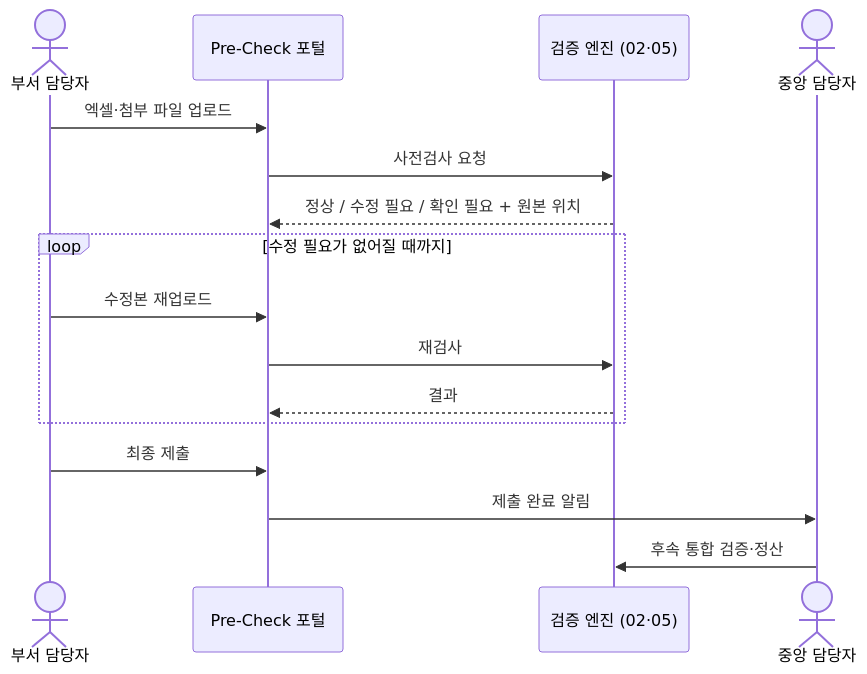
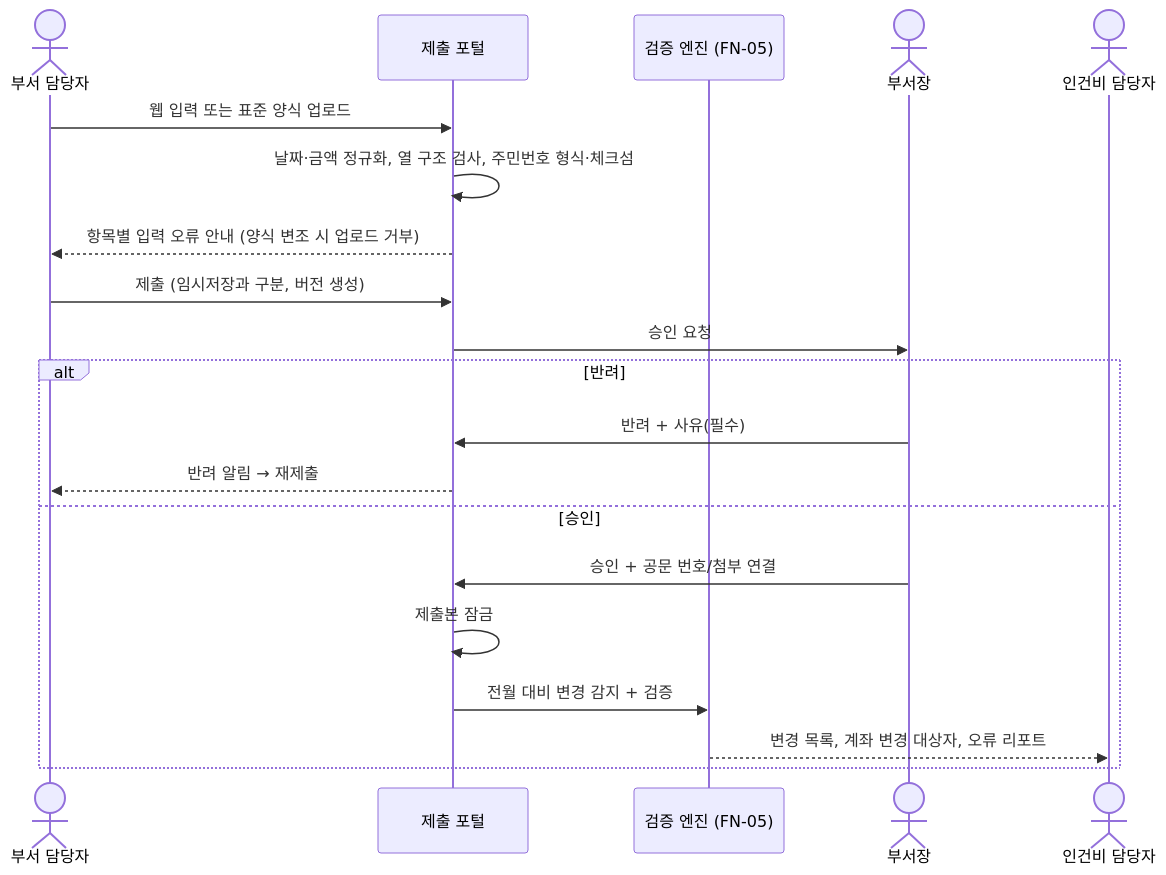
One commit to YC-CapstoneDesign-5/.github changed the fifth of 15 diagrams in docs/ARCHITECTURE.md. Above: the diagram before and after it, drawn with Mermaid. The commit also changed other lines of this file and 7 other files, not shown here.

````diff
--- a/docs/ARCHITECTURE.md
+++ b/docs/ARCHITECTURE.md
@@ -169,18 +216,22 @@
 ```mermaid
 sequenceDiagram
     actor D as 부서 담당자
-    participant P as Pre-Check 포털
-    participant V as 검증 엔진 (02·05)
-    actor M as 중앙 담당자
-    D->>P: 엑셀·첨부 파일 업로드
-    P->>V: 사전검사 요청
-    V-->>P: 정상 / 수정 필요 / 확인 필요 + 원본 위치
-    loop 수정 필요가 없어질 때까지
-        D->>P: 수정본 재업로드
-        P->>V: 재검사
-        V-->>P: 결과
+    participant P as 제출 포털
+    participant V as 검증 엔진 (FN-05)
+    actor H as 부서장
+    actor M as 인건비 담당자
+    D->>P: 웹 입력 또는 표준 양식 업로드
+    P->>P: 날짜·금액 정규화, 열 구조 검사, 주민번호 형식·체크섬
+    P-->>D: 항목별 입력 오류 안내 (양식 변조 시 업로드 거부)
+    D->>P: 제출 (임시저장과 구분, 버전 생성)
+    P->>H: 승인 요청
+    alt 반려
+        H->>P: 반려 + 사유(필수)
+        P-->>D: 반려 알림 → 재제출
+    else 승인
+        H->>P: 승인 + 공문 번호/첨부 연결
+        P->>P: 제출본 잠금
+        P->>V: 전월 대비 변경 감지 + 검증
+        V-->>M: 변경 목록, 계좌 변경 대상자, 오류 리포트
     end
-    D->>P: 최종 제출
-    P->>M: 제출 완료 알림
-    M->>V: 후속 통합 검증·정산
 ```
````
